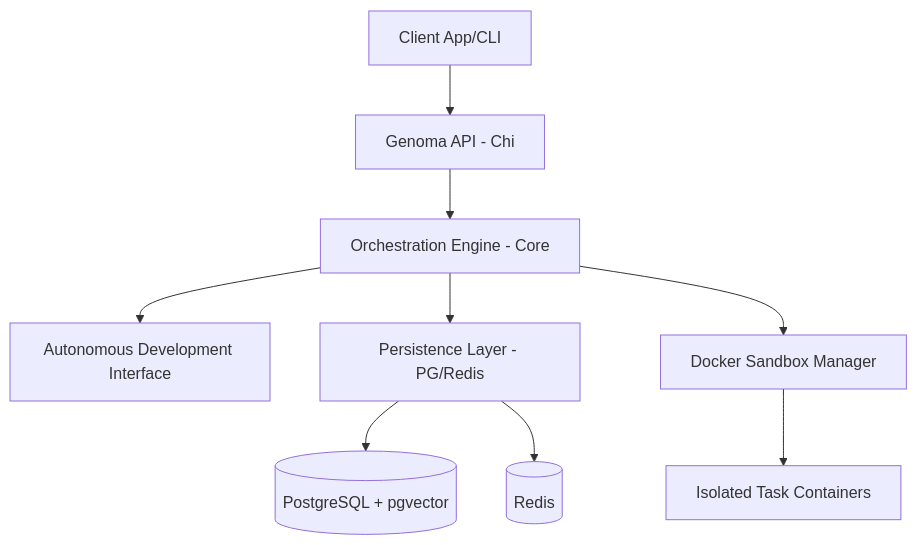
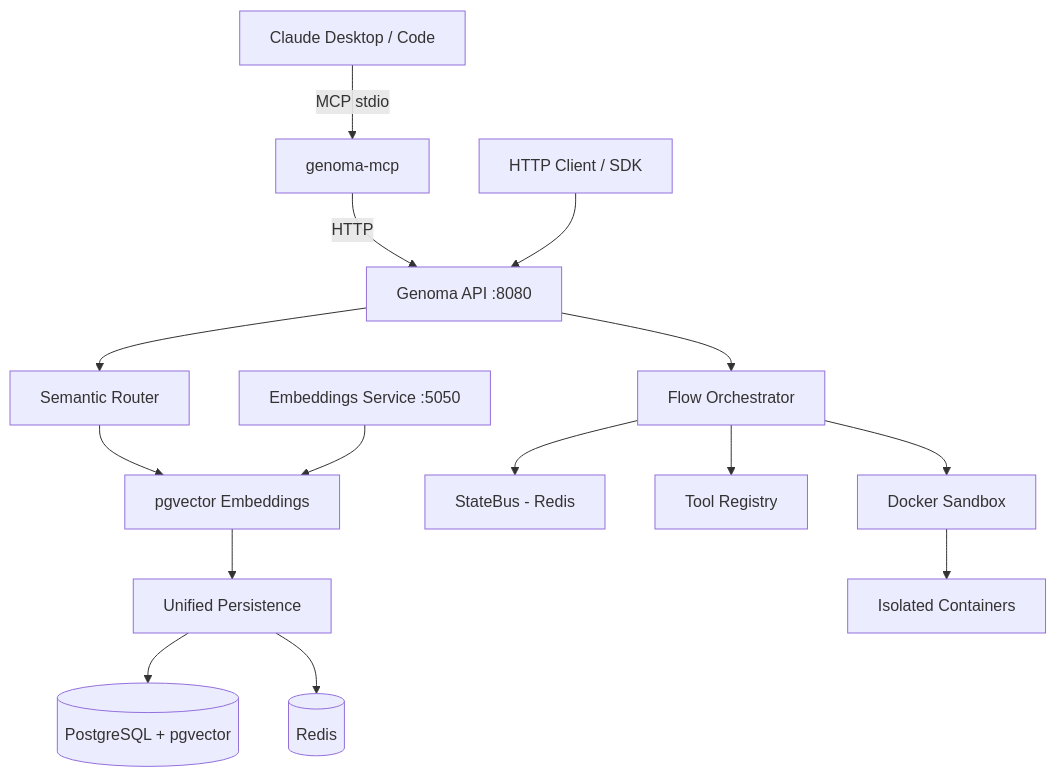
Before and after one commit to acassiovilasboas/genoma: the diagram in README.md, drawn with Mermaid. The commit also changed other lines of this file and 3 other files, not shown here.

````diff
--- a/README.md
+++ b/README.md
@@ -20,11 +255,17 @@
 ```mermaid
 graph TD
-    Client[Client App/CLI] --> API[Genoma API - Chi]
-    API --> Core[Orchestration Engine - Core]
-    Core --> ADI[Autonomous Development Interface]
-    Core --> Persistence[Persistence Layer - PG/Redis]
-    Core --> Sandbox[Docker Sandbox Manager]
-    Sandbox --> Containers[Isolated Task Containers]
-    Persistence --> DB[(PostgreSQL + pgvector)]
-    Persistence --> Cache[(Redis)]
+    Claude[Claude Desktop / Code] -->|MCP stdio| MCP[genoma-mcp]
+    MCP -->|HTTP| API
+    Client[HTTP Client / SDK] --> API[Genoma API :8080]
+    API --> Core[Flow Orchestrator]
+    API --> Chat[Semantic Router]
+    Core --> Sandbox[Docker Sandbox]
+    Core --> StateBus[StateBus - Redis]
+    Core --> Tools[Tool Registry]
+    Chat --> Router[pgvector Embeddings]
+    Router --> Persist[Unified Persistence]
+    Persist --> PG[(PostgreSQL + pgvector)]
+    Persist --> Cache[(Redis)]
+    Sandbox --> Containers[Isolated Containers]
+    Embeddings[Embeddings Service :5050] --> Router
 ```
````
